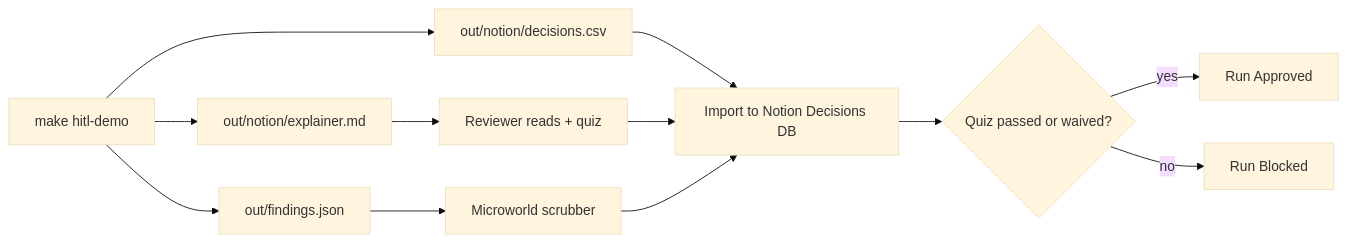
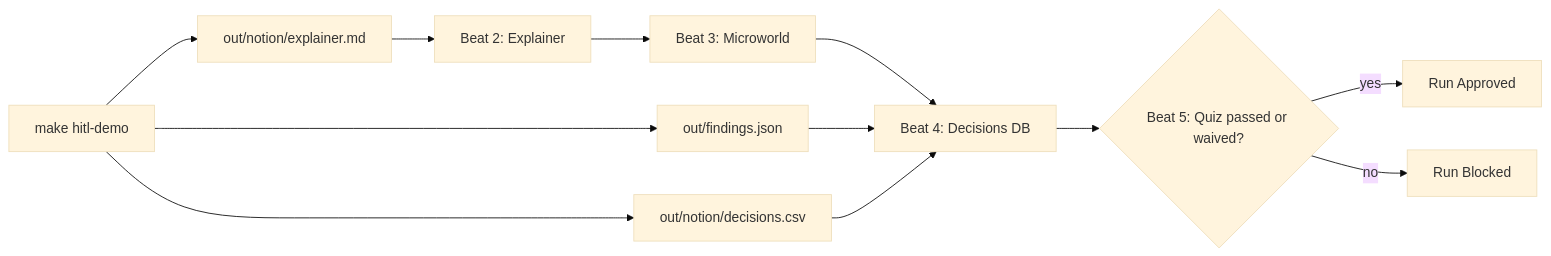
Before and after one commit to gideonblaauw-creator/cth-data-room-scanner: the diagram in hitl/NOTION-HITL.md, drawn with Mermaid (base theme). The commit also changed other lines of this file and 2 other files, not shown here.

First line of the commit message:
feat(hitl): VertiGreen microworld micro-sim with EN/ES toggle

````diff
--- a/hitl/NOTION-HITL.md
+++ b/hitl/NOTION-HITL.md
@@ -46,14 +62,14 @@
 ```mermaid
 flowchart LR
   A[make hitl-demo] --> B[out/findings.json]
   A --> C[out/notion/explainer.md]
   A --> D[out/notion/decisions.csv]
-  B --> E[Microworld scrubber]
-  C --> F[Reviewer reads + quiz]
-  D --> G[Import to Notion Decisions DB]
-  F --> G
-  E --> G
-  G --> H{Quiz passed or waived?}
+  C --> E[Beat 2: Explainer]
+  E --> F[Beat 3: Microworld]
+  F --> G[Beat 4: Decisions DB]
+  B --> G
+  D --> G
+  G --> H{Beat 5: Quiz passed or waived?}
   H -->|yes| I[Run Approved]
   H -->|no| J[Run Blocked]
 ```
````
